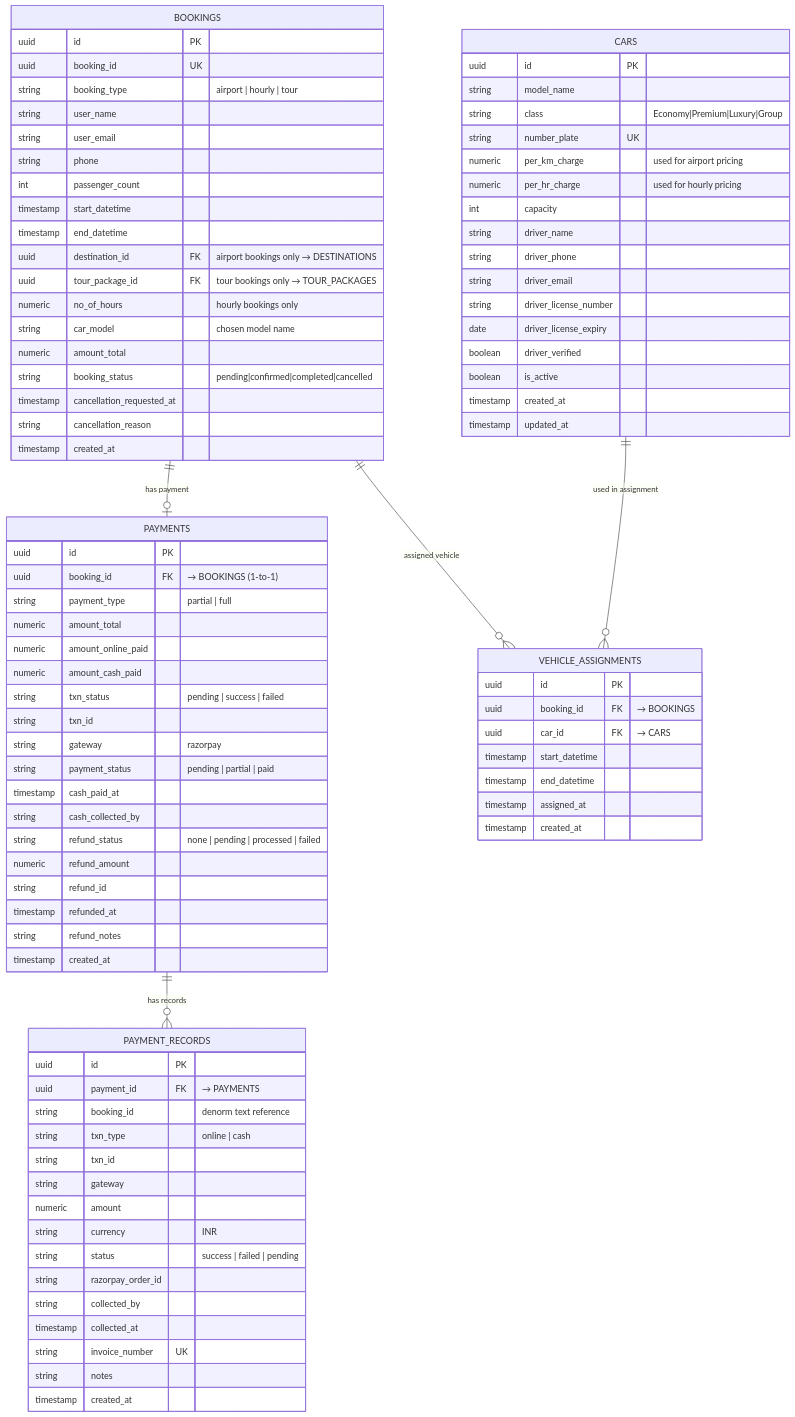
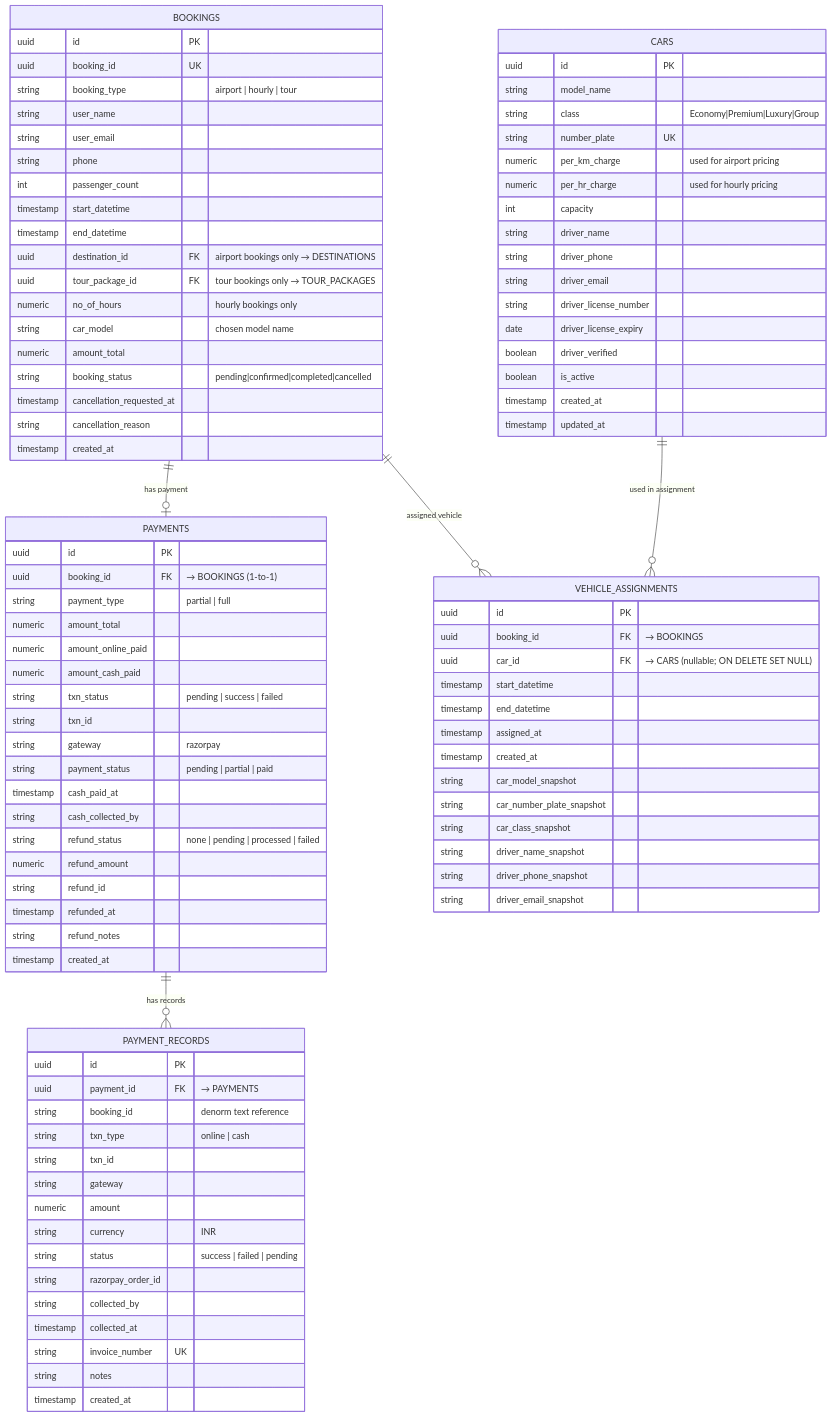
Before and after one commit to sntsaikia39-spec/Taxi: the fifth of 17 diagrams in app docs.md, drawn with Mermaid. The commit also changed other lines of this file and 9 other files, not shown here.

Commit message:
update: Car hard delete store snapshot.

```diff
--- a/app docs.md
+++ b/app docs.md
@@ -879,11 +879,17 @@
     VEHICLE_ASSIGNMENTS {
         uuid    id               PK
         uuid    booking_id       FK  "→ BOOKINGS"
-        uuid    car_id           FK  "→ CARS"
+        uuid    car_id           FK  "→ CARS (nullable; ON DELETE SET NULL)"
         timestamp start_datetime
         timestamp end_datetime
         timestamp assigned_at
         timestamp created_at
+        string  car_model_snapshot
+        string  car_number_plate_snapshot
+        string  car_class_snapshot
+        string  driver_name_snapshot
+        string  driver_phone_snapshot
+        string  driver_email_snapshot
     }
     CARS {
         uuid    id               PK
```
